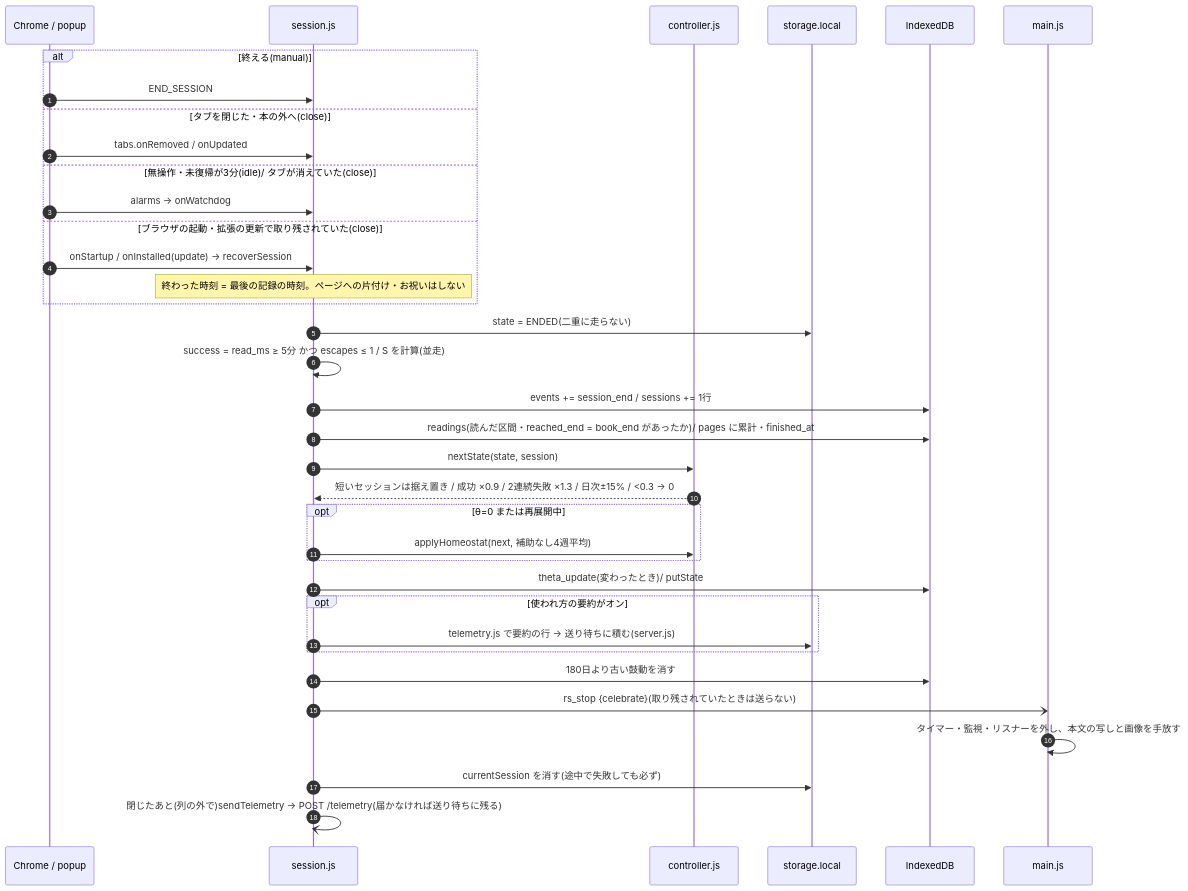
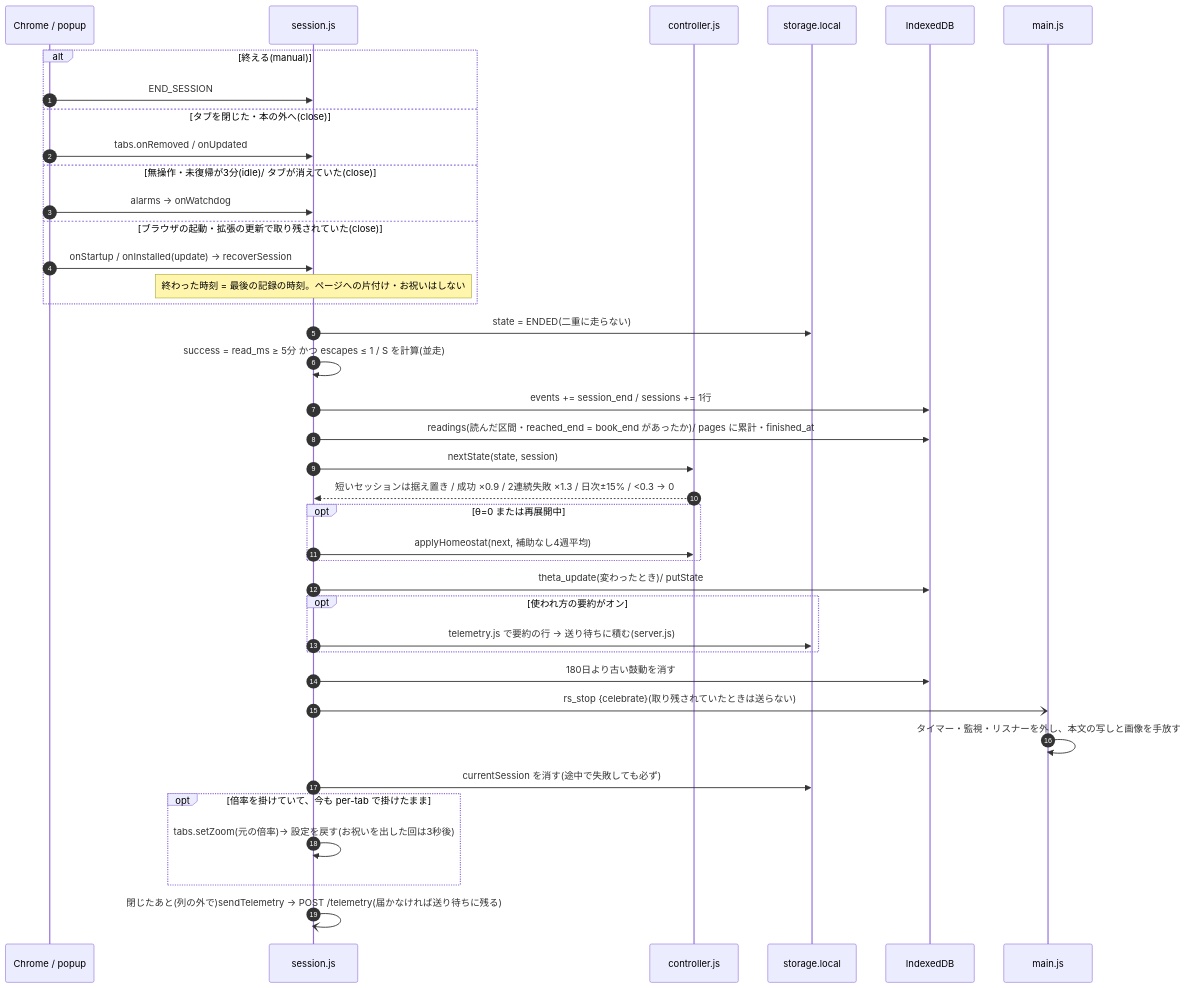
Before and after one commit to yukik8/yomirin: the fifth of 7 diagrams in docs/design.md, drawn with Mermaid. The commit also changed other lines of this file and 13 other files, not shown here.

````diff
--- a/docs/design.md
+++ b/docs/design.md
@@ -688,39 +712,42 @@
 ```mermaid
 sequenceDiagram
   autonumber
   participant C as Chrome / popup
   participant SE as session.js
   participant CT as controller.js
   participant LS as storage.local
   participant DB as IndexedDB
   participant M as main.js
 
   alt 終える(manual)
     C->>SE: END_SESSION
   else タブを閉じた・本の外へ(close)
     C->>SE: tabs.onRemoved / onUpdated
   else 無操作・未復帰が3分(idle)/ タブが消えていた(close)
     C->>SE: alarms → onWatchdog
   else ブラウザの起動・拡張の更新で取り残されていた(close)
     C->>SE: onStartup / onInstalled(update) → recoverSession
     Note over SE: 終わった時刻 = 最後の記録の時刻。ページへの片付け・お祝いはしない
   end
   SE->>LS: state = ENDED(二重に走らない)
   SE->>SE: success = read_ms ≥ 5分 かつ escapes ≤ 1 / S を計算(並走)
   SE->>DB: events += session_end / sessions += 1行
   SE->>DB: readings(読んだ区間・reached_end = book_end があったか)/ pages に累計・finished_at
   SE->>CT: nextState(state, session)
   CT-->>SE: 短いセッションは据え置き / 成功 ×0.9 / 2連続失敗 ×1.3 / 日次±15% / <0.3 → 0
   opt θ=0 または再展開中
     SE->>CT: applyHomeostat(next, 補助なし4週平均)
   end
   SE->>DB: theta_update(変わったとき)/ putState
   opt 使われ方の要約がオン
     SE->>LS: telemetry.js で要約の行 → 送り待ちに積む(server.js)
   end
   SE->>DB: 180日より古い鼓動を消す
   SE-)M: rs_stop {celebrate}(取り残されていたときは送らない)
   M->>M: タイマー・監視・リスナーを外し、本文の写しと画像を手放す
   SE->>LS: currentSession を消す(途中で失敗しても必ず)
+  opt 倍率を掛けていて、今も per-tab で掛けたまま
+    SE->>SE: tabs.setZoom(元の倍率)→ 設定を戻す(お祝いを出した回は3秒後)
+  end
   SE-)SE: 閉じたあと(列の外で)sendTelemetry → POST /telemetry(届かなければ送り待ちに残る)
 ```
````
